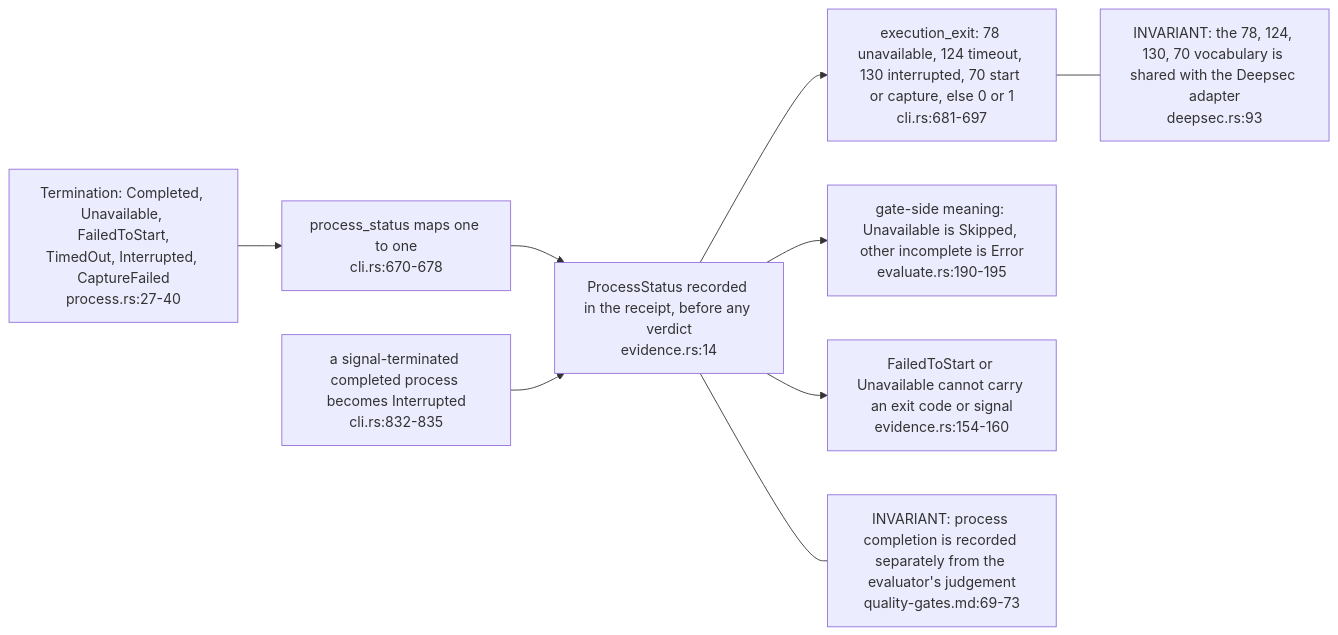
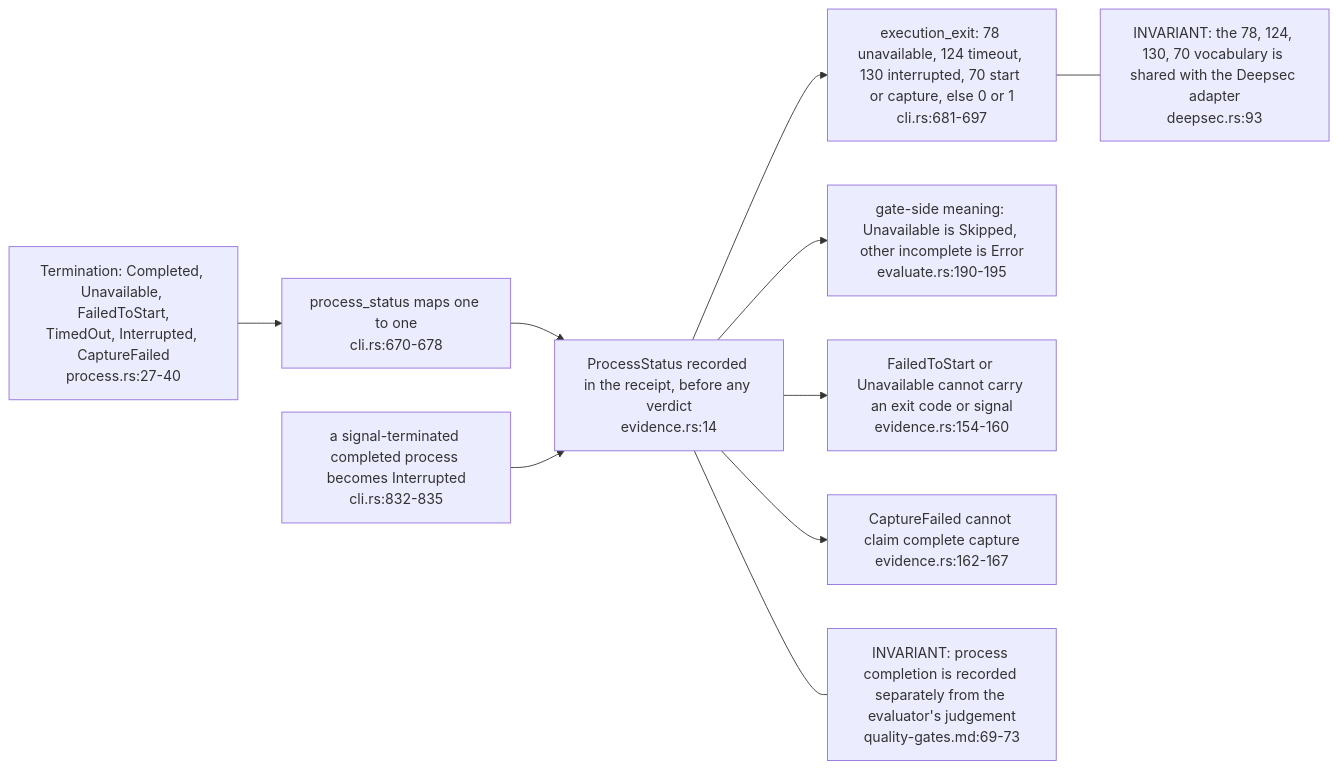
One commit to DreamLab-AI/VisionFlow changed the second of 5 diagrams in docs/diagrams/visioncraft/03-execution-evidence-and-security-adapter.md. Above: the diagram before and after it, drawn with Mermaid. The commit also changed other lines of this file and 5 other files, not shown here.

First line of the commit message:
diagrams(small-b): re-verify KG-06, VK-02/03/05, VG-01/04 at pinned heads

````diff
--- a/docs/diagrams/visioncraft/03-execution-evidence-and-security-adapter.md
+++ b/docs/diagrams/visioncraft/03-execution-evidence-and-security-adapter.md
@@ -56,18 +56,19 @@
 ```mermaid
 flowchart LR
     T1["Termination: Completed, Unavailable, FailedToStart,<br/>TimedOut, Interrupted, CaptureFailed<br/>process.rs:27-40"]
     PS["process_status maps one to one<br/>cli.rs:670-678"]
     ST["ProcessStatus recorded in the receipt, before any verdict<br/>evidence.rs:14"]
     XE["execution_exit: 78 unavailable, 124 timeout, 130 interrupted, 70 start or capture, else 0 or 1<br/>cli.rs:681-697"]
     OUT["gate-side meaning: Unavailable is Skipped, other incomplete is Error<br/>evaluate.rs:190-195"]
     SIG["a signal-terminated completed process becomes Interrupted<br/>cli.rs:832-835"]
     T1 --> PS --> ST
     ST --> XE
     ST --> OUT
     ST --> VALID["FailedToStart or Unavailable cannot carry an exit code or signal<br/>evidence.rs:154-160"]
+    ST --> VALCF["CaptureFailed cannot claim complete capture<br/>evidence.rs:162-167"]
     SIG --> ST
     N1["INVARIANT: process completion is recorded separately from the evaluator's judgement<br/>quality-gates.md:69-73"]
     N2["INVARIANT: the 78, 124, 130, 70 vocabulary is shared with the Deepsec adapter<br/>deepsec.rs:93"]
     ST --- N1
     XE --- N2
 ```
````
